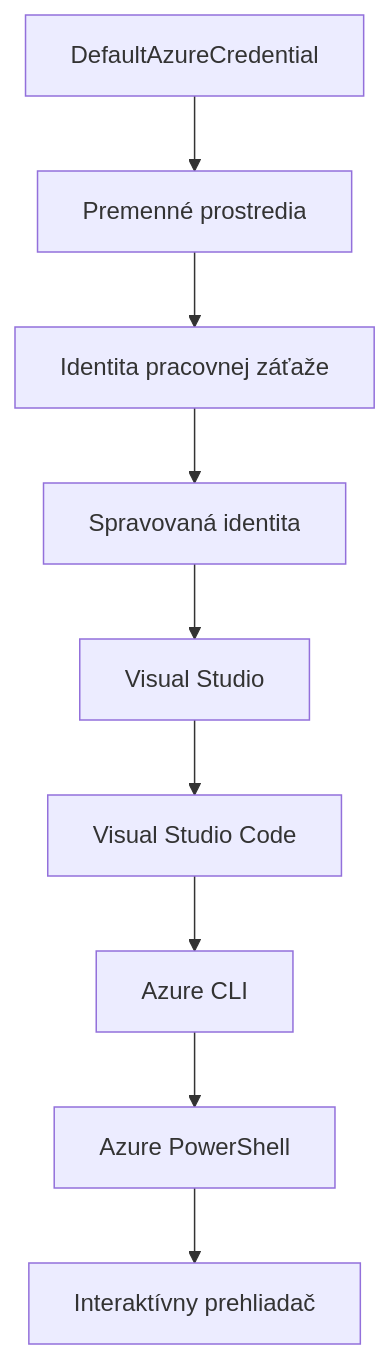
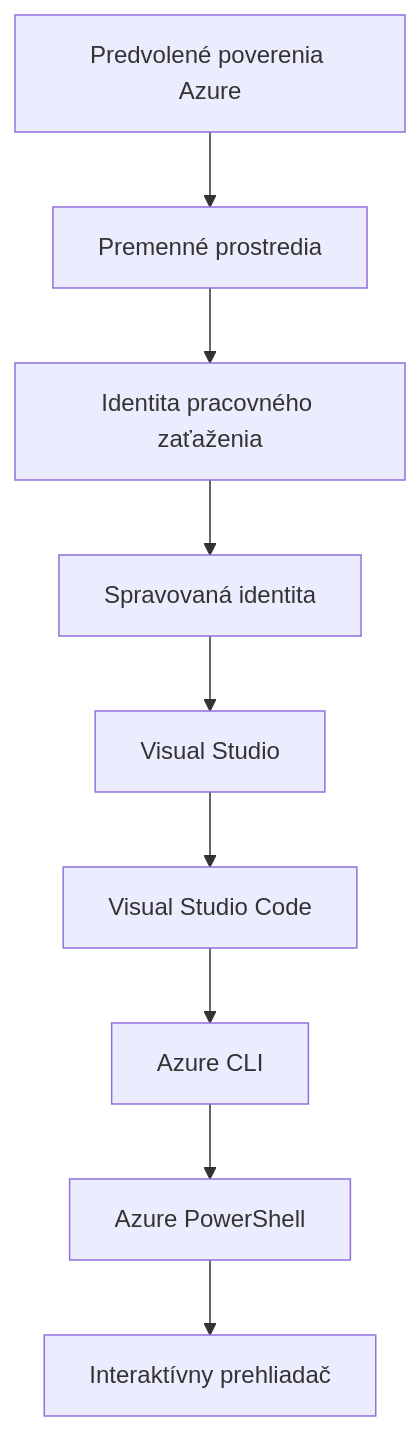
Before and after one commit to microsoft/AZD-for-beginners: the second of 2 diagrams in translations/sk/docs/chapter-01-foundation/azd-basics.md, drawn with Mermaid. The commit also changed other lines of this file and 104 other files, not shown here.

````diff
--- a/translations/sk/docs/chapter-01-foundation/azd-basics.md
+++ b/translations/sk/docs/chapter-01-foundation/azd-basics.md
@@ -591,11 +608,11 @@
 ```mermaid
 graph TD
-    A[DefaultAzureCredential] --> B[Premenné prostredia]
-    B --> C[Identita pracovnej záťaže]
+    A[Predvolené poverenia Azure] --> B[Premenné prostredia]
+    B --> C[Identita pracovného zaťaženia]
     C --> D[Spravovaná identita]
     D --> E[Visual Studio]
     E --> F[Visual Studio Code]
     F --> G[Azure CLI]
     G --> H[Azure PowerShell]
     H --> I[Interaktívny prehliadač]
 ```
````
